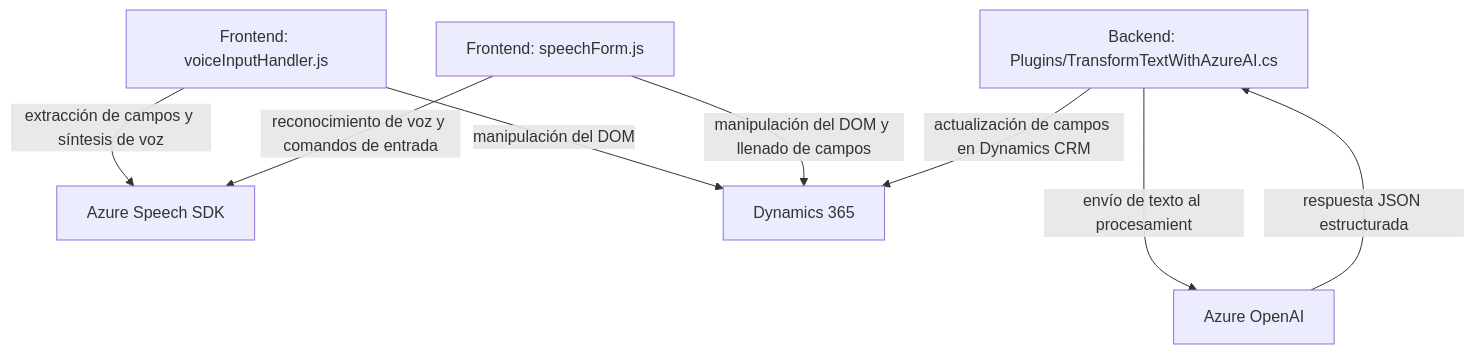
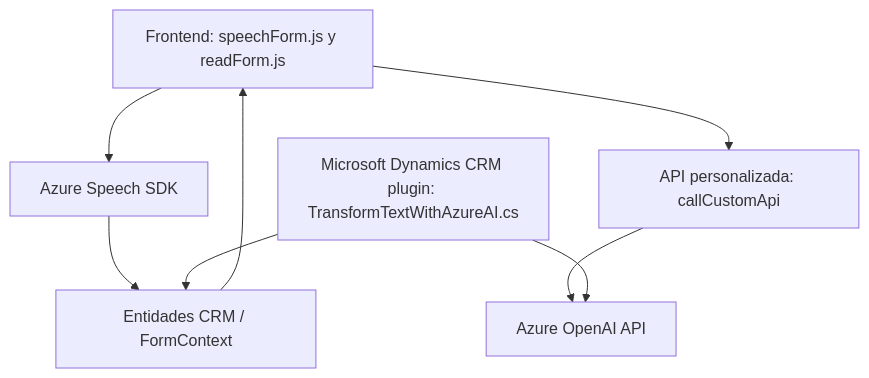
One commit to blopezdm/NETCORE_BILBAO2025 changed the diagram in README.md. Above: the diagram before and after it, drawn with Mermaid. The commit also changed other lines of this file, not shown here.

````diff
--- a/README.md
+++ b/README.md
@@ -58,17 +41,17 @@
 ```mermaid
 graph TD
-    A["Frontend: voiceInputHandler.js"]
-    B["Frontend: speechForm.js"]
-    C["Backend: Plugins/TransformTextWithAzureAI.cs"]
-    D["Azure Speech SDK"]
-    E["Dynamics 365"]
-    F["Azure OpenAI"]
+    A["Frontend: speechForm.js y readForm.js"]
+    B["Azure Speech SDK"]
+    C["API personalizada: callCustomApi"]
+    D["Microsoft Dynamics CRM plugin: TransformTextWithAzureAI.cs"]
+    E["Azure OpenAI API"]
+    F["Entidades CRM / FormContext"]
     
-    A--extracción de campos y síntesis de voz-->D
-    B--reconocimiento de voz y comandos de entrada-->D
-    A--manipulación del DOM-->E
-    B--manipulación del DOM y llenado de campos-->E
-    C--envío de texto al procesamiento-->F
-    F--respuesta JSON estructurada-->C
-    C--actualización de campos en Dynamics CRM-->E
+    A --> B
+    A --> C
+    B --> F
+    C --> E
+    D --> E
+    D --> F
+    F --> A
 ```
````
